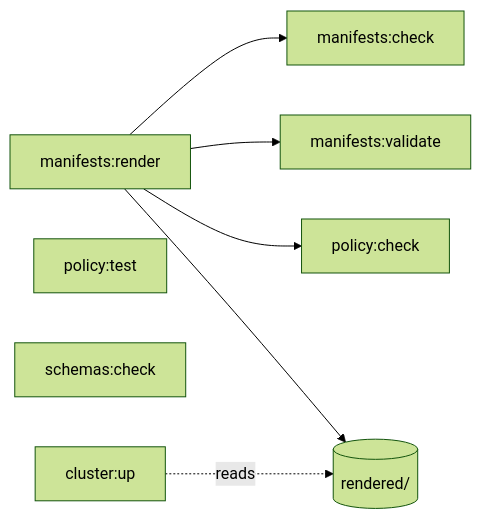
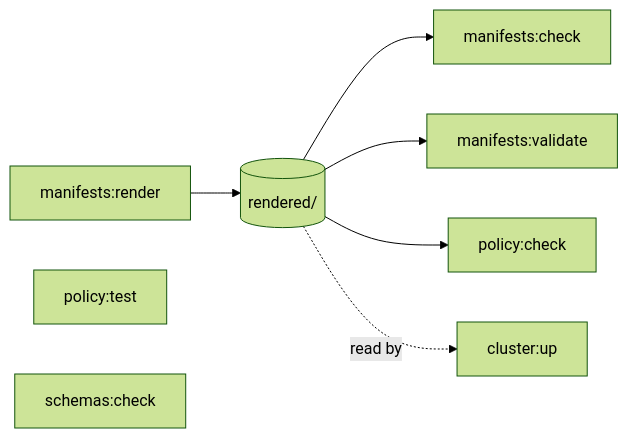
One commit to gsuquet/infra changed the diagram in docs/reference/mise-tasks.md. Above: the diagram before and after it, drawn with Mermaid (forest theme). The commit also changed other lines of this file and 16 other files, not shown here.

````diff
--- a/docs/reference/mise-tasks.md
+++ b/docs/reference/mise-tasks.md
@@ -7,10 +7,10 @@
 ```mermaid
 flowchart LR
-    render[manifests:render] --> check[manifests:check]
-    render --> validate[manifests:validate]
-    render --> pcheck[policy:check]
+    render[manifests:render] --> rendered[(rendered/)]
+    rendered --> check[manifests:check]
+    rendered --> validate[manifests:validate]
+    rendered --> pcheck[policy:check]
     ptest[policy:test]
     schemas[schemas:check]
-    up[cluster:up] -.reads.-> rendered[(rendered/)]
-    render --> rendered
+    rendered -. read by .-> up[cluster:up]
 ```
````
